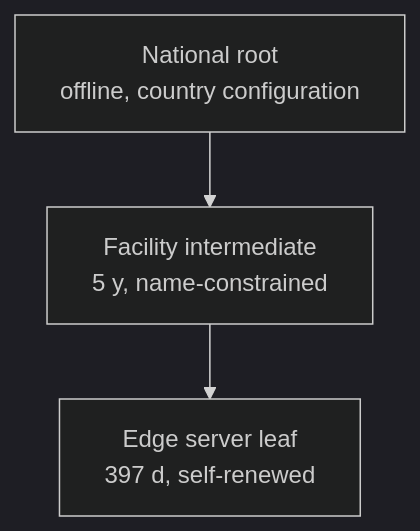
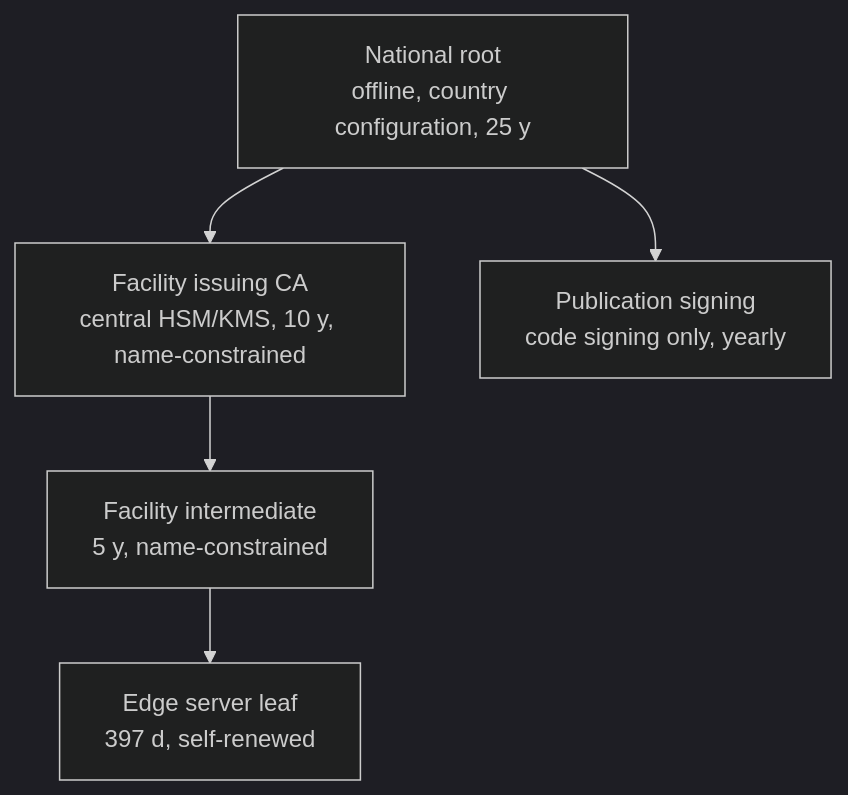
One commit to carapai/people-centered-healthcare changed the diagram in docs/architecture/lan-security.md. Above: the diagram before and after it, drawn with Mermaid (dark theme). The commit also changed other lines of this file and 6 other files, not shown here.

First line of the commit message:
docs(adr): ADR 0058, an online issuing CA under the offline national root (#266)

````diff
--- a/docs/architecture/lan-security.md
+++ b/docs/architecture/lan-security.md
@@ -16,5 +16,7 @@
 ```mermaid
 flowchart TD
-  R[National root<br/>offline, country configuration] --> I[Facility intermediate<br/>5 y, name-constrained]
+  R[National root<br/>offline, country configuration, 25 y] --> C[Facility issuing CA<br/>central HSM/KMS, 10 y, name-constrained]
+  R --> P[Publication signing<br/>code signing only, yearly]
+  C --> I[Facility intermediate<br/>5 y, name-constrained]
   I --> L[Edge server leaf<br/>397 d, self-renewed]
 ```
````
